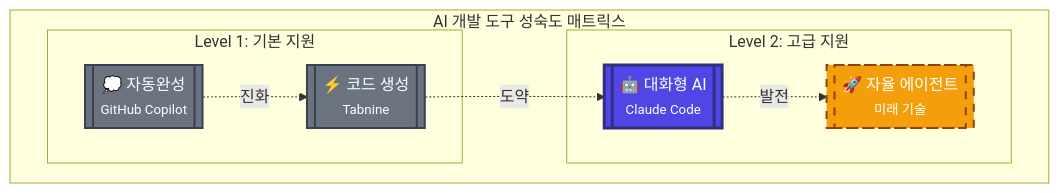
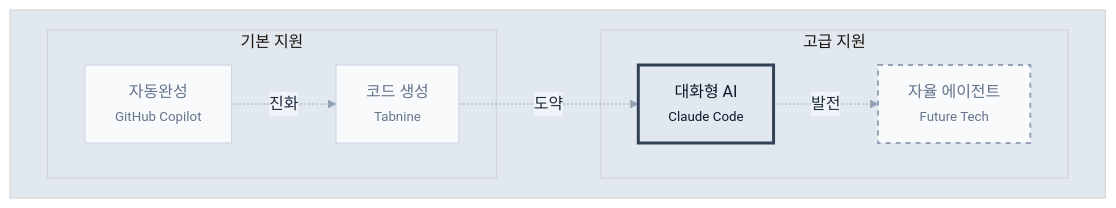
The second of 6 diagrams in book/01-chapter1.md (revfactory/claude-code-mastering), drawn with Mermaid before and after one commit. The commit also changed other lines of this file, not shown here.

First line of the commit message:
design: 1장 다이어그램을 모던 미니멀 스타일로 리파인

````diff
--- a/book/01-chapter1.md
+++ b/book/01-chapter1.md
@@ -102,28 +102,30 @@
 ```mermaid
+%%{init: {"theme": "base", "themeVariables": {"primaryColor": "#f8fafc", "primaryTextColor": "#1e293b", "primaryBorderColor": "#e2e8f0", "lineColor": "#94a3b8", "secondaryColor": "#f1f5f9", "tertiaryColor": "#e2e8f0"}}}%%
 graph LR
-    subgraph matrix ["AI 개발 도구 성숙도 매트릭스"]
+    subgraph matrix [" "]
         direction LR
         
-        subgraph level1 ["Level 1: 기본 지원"]
-            A1[["💭 자동완성<br/><small>GitHub Copilot</small>"]]
-            A2[["⚡ 코드 생성<br/><small>Tabnine</small>"]]
+        subgraph level1 ["기본 지원"]
+            A1["자동완성<br/><small>GitHub Copilot</small>"]
+            A2["코드 생성<br/><small>Tabnine</small>"]
         end
         
-        subgraph level2 ["Level 2: 고급 지원"]
-            B1[["🤖 대화형 AI<br/><small>Claude Code</small>"]]
-            B2[["🚀 자율 에이전트<br/><small>미래 기술</small>"]]
+        subgraph level2 ["고급 지원"]
+            B1["대화형 AI<br/><small>Claude Code</small>"]
+            B2["자율 에이전트<br/><small>Future Tech</small>"]
         end
         
         A1 -.->|진화| A2
         A2 -.->|도약| B1
         B1 -.->|발전| B2
     end
     
-    classDef current fill:#4f46e5,stroke:#312e81,stroke-width:3px,color:#fff
-    classDef future fill:#f59e0b,stroke:#92400e,stroke-width:2px,stroke-dasharray: 8 8,color:#fff
-    classDef basic fill:#6b7280,stroke:#374151,stroke-width:2px,color:#fff
+    classDef current fill:#f1f5f9,stroke:#475569,stroke-width:2px,color:#1e293b
+    classDef future fill:#f8fafc,stroke:#94a3b8,stroke-width:2px,stroke-dasharray: 5 5,color:#64748b
+    classDef basic fill:#f8fafc,stroke:#cbd5e1,stroke-width:1px,color:#64748b
+    classDef highlight fill:#e2e8f0,stroke:#334155,stroke-width:3px,color:#0f172a
     
-    class B1 current
+    class B1 highlight
     class B2 future
     class A1,A2 basic
 ```
````
